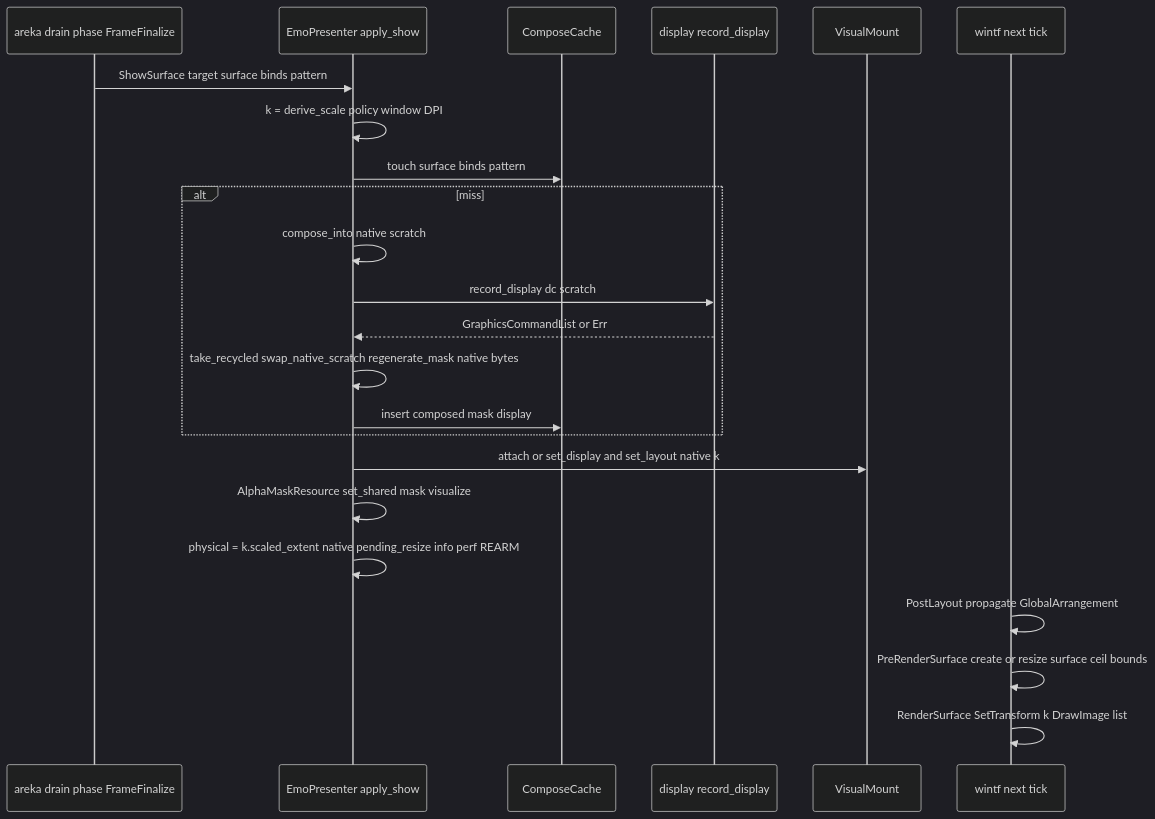
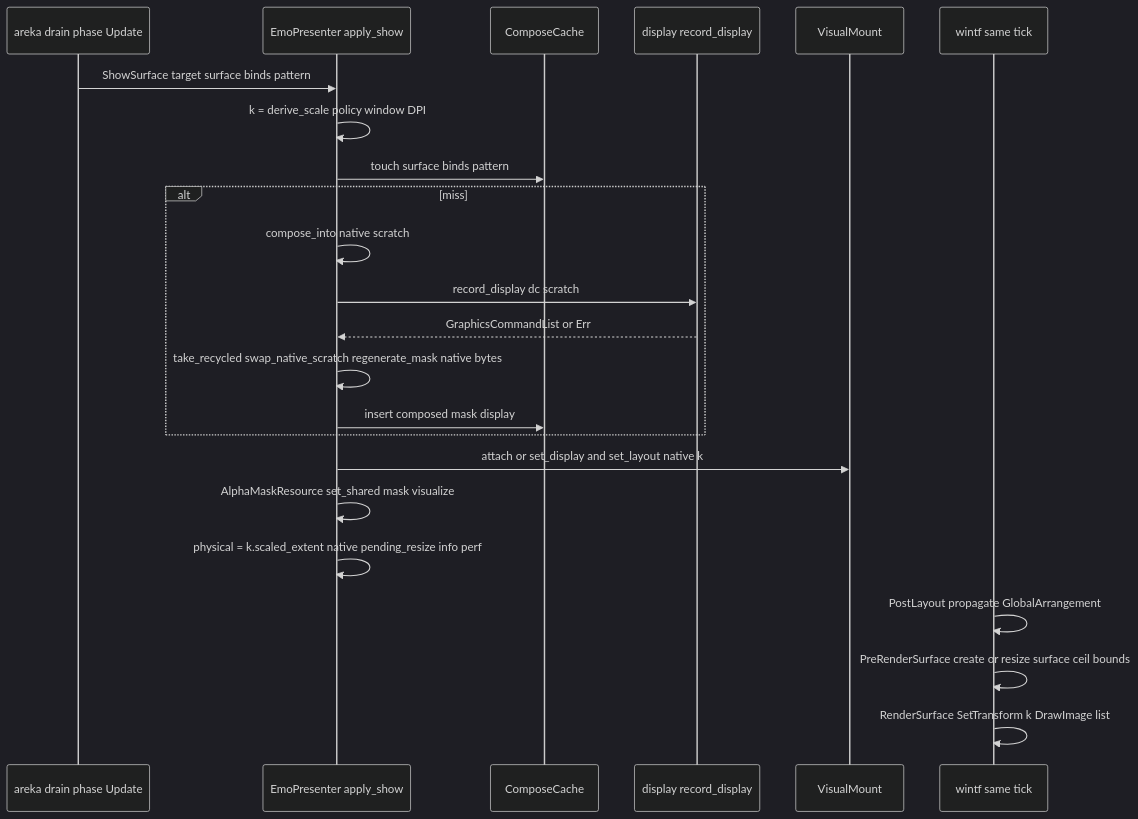
Before and after one commit to ekicyou/areka: the second of 2 diagrams in .kiro/specs/areka-P0-present-gpu-transform-scale/design.md, drawn with Mermaid (dark theme). The commit also changed other lines of this file and 2 other files, not shown here.

Commit message:
docs(areka-P0-present-gpu-transform-scale): resolve design discussion #1 - drain phase to Update (same-tick landing)

````diff
--- a/.kiro/specs/areka-P0-present-gpu-transform-scale/design.md
+++ b/.kiro/specs/areka-P0-present-gpu-transform-scale/design.md
@@ -199,25 +218,25 @@
 ```mermaid
 sequenceDiagram
-    participant Drain as areka drain phase FrameFinalize
+    participant Drain as areka drain phase Update
     participant P as EmoPresenter apply_show
     participant C as ComposeCache
     participant D as display record_display
     participant M as VisualMount
-    participant W as wintf next tick
+    participant W as wintf same tick
     Drain->>P: ShowSurface target surface binds pattern
     P->>P: k = derive_scale policy window DPI
     P->>C: touch surface binds pattern
     alt miss
         P->>P: compose_into native scratch
         P->>D: record_display dc scratch
         D-->>P: GraphicsCommandList or Err
         P->>P: take_recycled swap_native_scratch regenerate_mask native bytes
         P->>C: insert composed mask display
     end
     P->>M: attach or set_display and set_layout native k
     P->>P: AlphaMaskResource set_shared mask visualize
-    P->>P: physical = k.scaled_extent native pending_resize info perf REARM
+    P->>P: physical = k.scaled_extent native pending_resize info perf
     W->>W: PostLayout propagate GlobalArrangement
     W->>W: PreRenderSurface create or resize surface ceil bounds
     W->>W: RenderSurface SetTransform k DrawImage list
 ```
````
